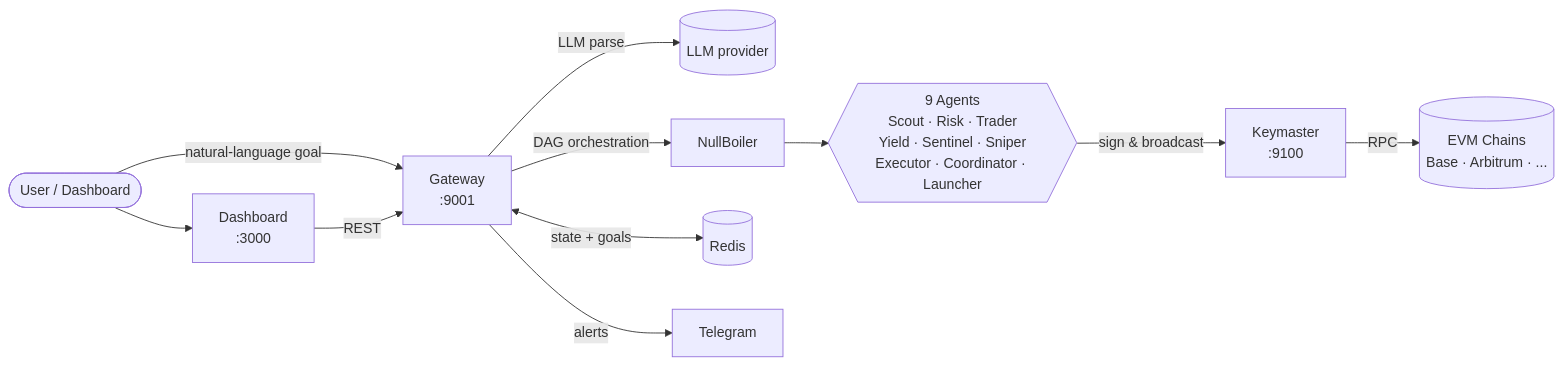
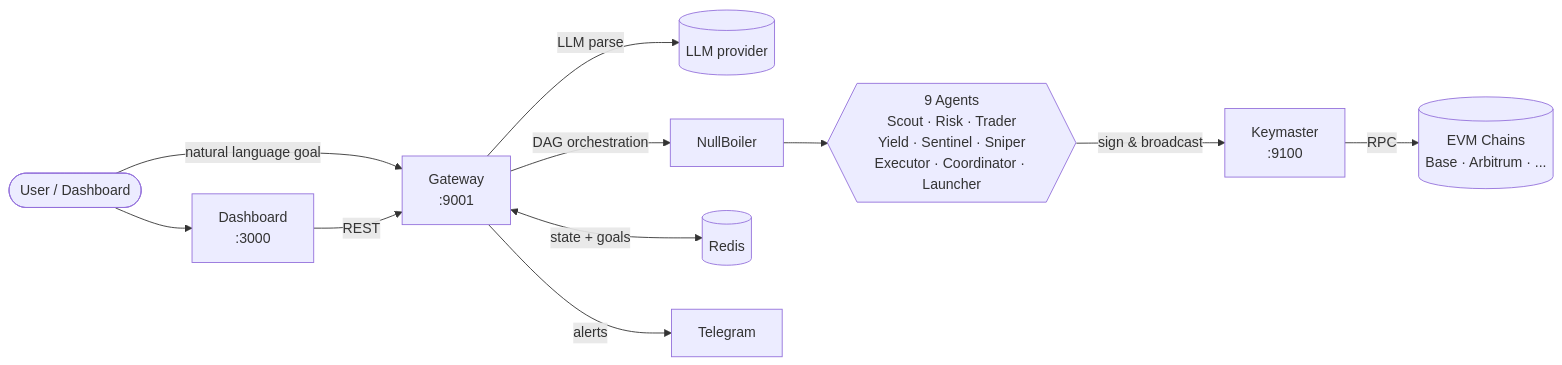
Before and after one commit to kingl0w/Vespra: the diagram in README.md, drawn with Mermaid. The commit also changed other lines of this file, not shown here.

````diff
--- a/README.md
+++ b/README.md
@@ -44,13 +44,13 @@
 ```mermaid
 flowchart LR
-    user([User / Dashboard]) -->|natural-language goal| gw[Gateway<br/>:9001]
+    user([User / Dashboard]) -->|natural language goal| gw[Gateway<br/>:9001]
     gw -->|LLM parse| llm[(LLM provider)]
     gw -->|DAG orchestration| nb[NullBoiler]
     nb --> agents{{9 Agents<br/>Scout · Risk · Trader<br/>Yield · Sentinel · Sniper<br/>Executor · Coordinator · Launcher}}
     agents -->|sign & broadcast| km[Keymaster<br/>:9100]
     km -->|RPC| chain[(EVM Chains<br/>Base · Arbitrum · ...)]
     gw <-->|state + goals| redis[(Redis)]
     gw -->|alerts| tg[Telegram]
     user --> dash[Dashboard<br/>:3000]
     dash -->|REST| gw
 ```
````
